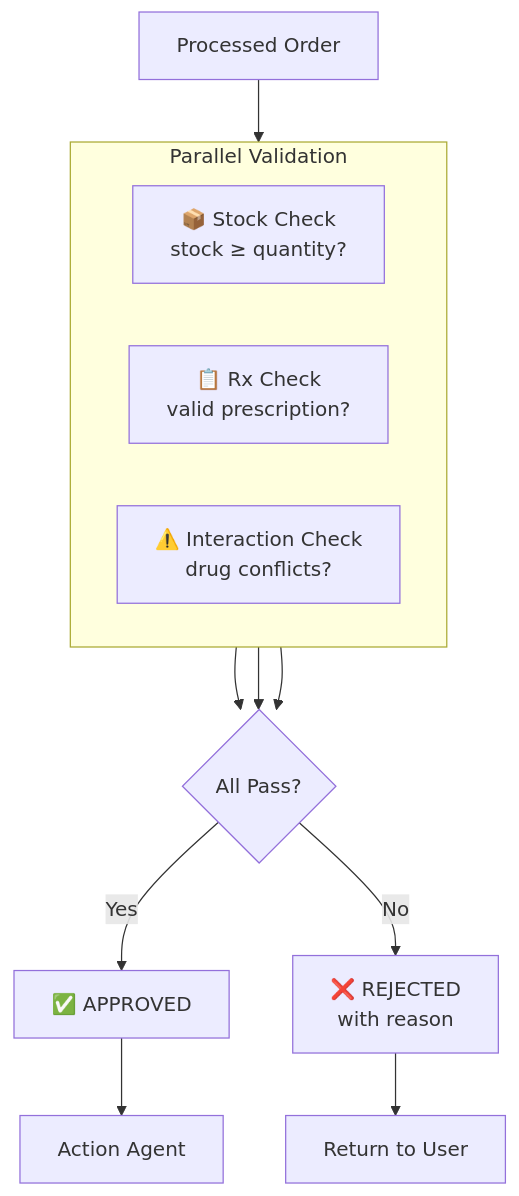
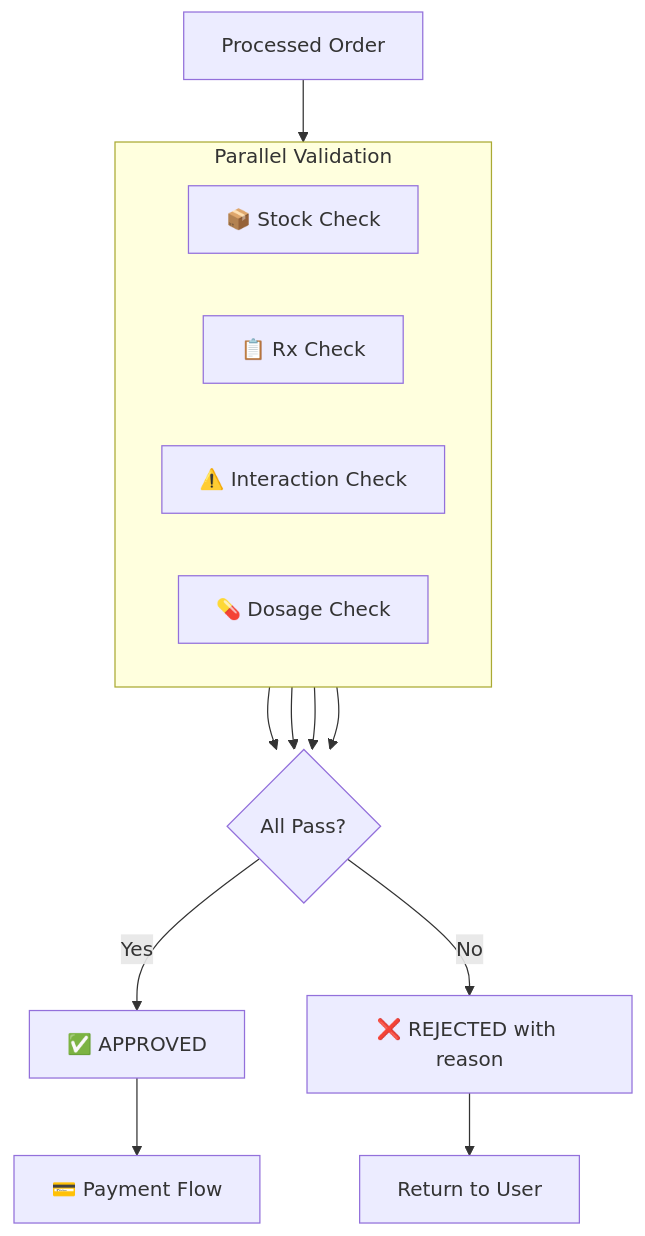
The seventh of 14 diagrams in README.md (kartik-shirale/hackfusion-3), drawn with Mermaid before and after one commit. The commit also changed other lines of this file, not shown here.

````diff
--- a/README.md
+++ b/README.md
@@ -266,21 +317,20 @@
 ```mermaid
 flowchart TB
     Order[Processed Order] --> Checks
     
-    subgraph Checks[Parallel Validation]
+    subgraph Checks["Parallel Validation"]
         direction LR
-        C1[📦 Stock Check<br/>stock ≥ quantity?]
-        C2[📋 Rx Check<br/>valid prescription?]
-        C3[⚠️ Interaction Check<br/>drug conflicts?]
+        C1["📦 Stock Check"]
+        C2["📋 Rx Check"]
+        C3["⚠️ Interaction Check"]
+        C4["💊 Dosage Check"]
     end
     
-    C1 --> D{All Pass?}
-    C2 --> D
-    C3 --> D
+    C1 & C2 & C3 & C4 --> D{All Pass?}
     
     D -->|Yes| Approved[✅ APPROVED]
-    D -->|No| Rejected[❌ REJECTED<br/>with reason]
+    D -->|No| Rejected["❌ REJECTED with reason"]
     
-    Approved --> Execute[Action Agent]
+    Approved --> Payment[💳 Payment Flow]
     Rejected --> User[Return to User]
 ```
````
